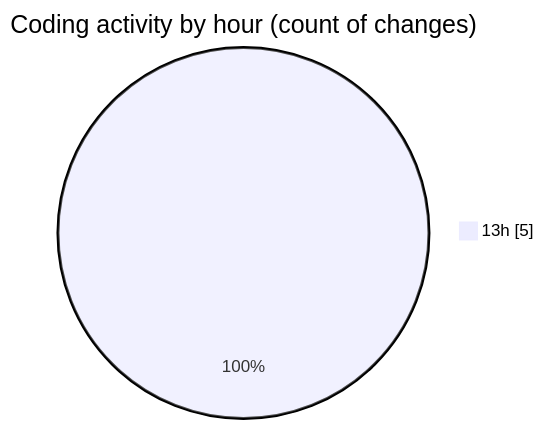
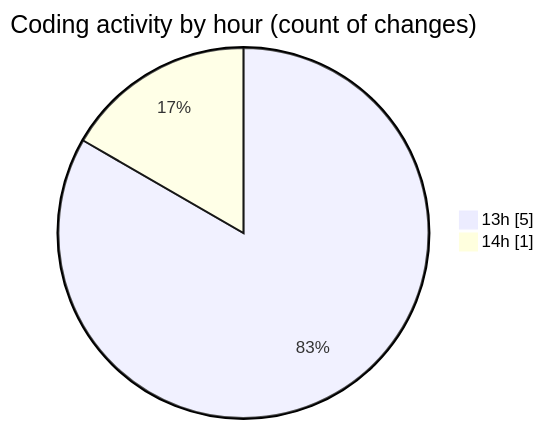
Before and after one commit to ecomensa/code-tracking: the second of 2 diagrams in 2025-03-21/opload_for_tags_01/README.md, drawn with Mermaid. The commit also changed other lines of this file and 1 other file, not shown here.

````diff
--- a/2025-03-21/opload_for_tags_01/README.md
+++ b/2025-03-21/opload_for_tags_01/README.md
@@ -28,5 +28,6 @@
 ```mermaid
 pie showData
 title Coding activity by hour (count of changes)
 "13h" : 5
+"14h" : 1
 ```
````
